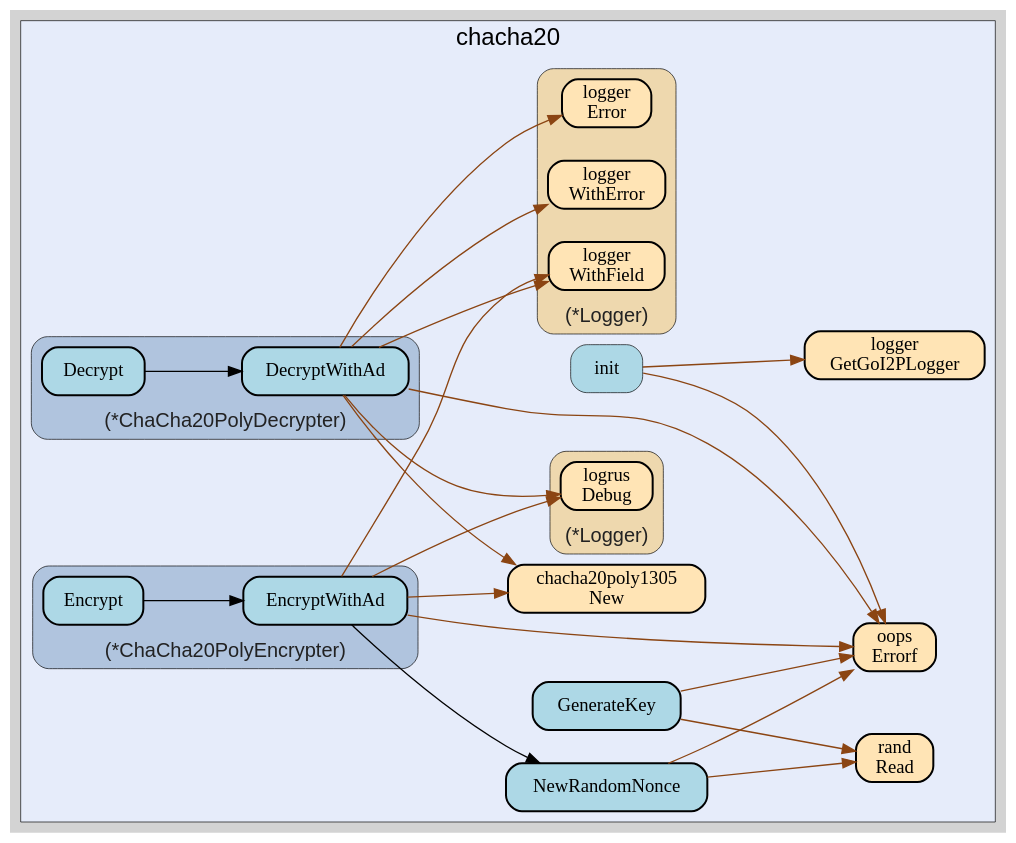
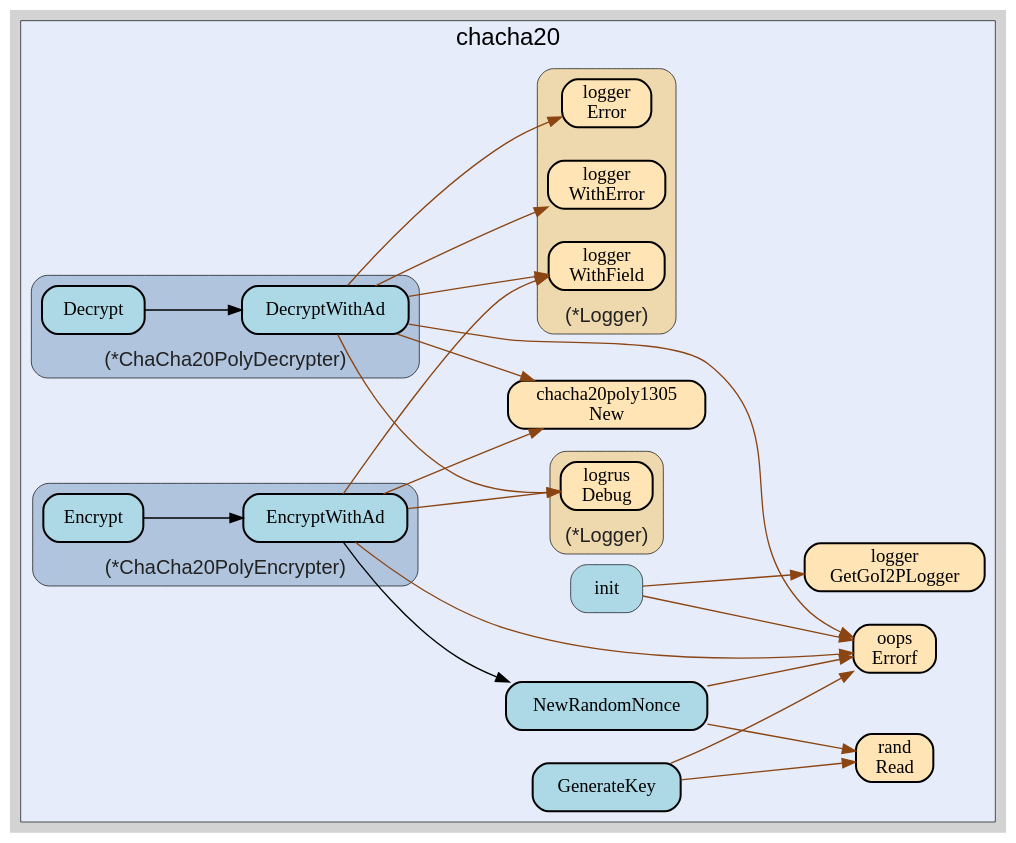
One commit to go-i2p/crypto changed the diagram in chacha20/chacha20.gv. Above: the diagram before and after it, drawn with Graphviz. The commit also changed 28 other files, not shown here.

Commit message:
implement crypto/rand and math/rand compatible API's for rand

```diff
--- a/chacha20/chacha20.gv
+++ b/chacha20/chacha20.gv
@@ -20,93 +20,93 @@
 bgcolor="#e6ecfa";
 label="chacha20";
         
-        "github.com/samber/oops.Errorf" [ label="oops\nErrorf" penwidth="1.5" tooltip="github.com/samber/oops.Errorf | defined in oops.go:34" fillcolor="moccasin" ]
-        "golang.org/x/crypto/chacha20poly1305.New" [ tooltip="golang.org/x/crypto/chacha20poly1305.New | defined in chacha20poly1305.go:40" fillcolor="moccasin" label="chacha20poly1305\nNew" penwidth="1.5" ]
-        "github.com/go-i2p/crypto/chacha20.init" [ label="init" penwidth="0.5" tooltip="github.com/go-i2p/crypto/chacha20.init | defined in .:0\nat constants.go:10: calling [github.com/go-i2p/logger.GetGoI2PLogger]\nat constants.go:23: calling [github.com/samber/oops.Errorf]\nat constants.go:24: calling [github.com/samber/oops.Errorf]\nat constants.go:25: calling [github.com/samber/oops.Errorf]\nat constants.go:26: calling [github.com/samber/oops.Errorf]\nat constants.go:27: calling [github.com/samber/oops.Errorf]" fillcolor="lightblue" ]
-        "github.com/go-i2p/logger.GetGoI2PLogger" [ label="logger\nGetGoI2PLogger" penwidth="1.5" tooltip="github.com/go-i2p/logger.GetGoI2PLogger | defined in log.go:120" fillcolor="moccasin" ]
+        "golang.org/x/crypto/chacha20poly1305.New" [ fillcolor="moccasin" label="chacha20poly1305\nNew" penwidth="1.5" tooltip="golang.org/x/crypto/chacha20poly1305.New | defined in chacha20poly1305.go:40" ]
+        "github.com/samber/oops.Errorf" [ fillcolor="moccasin" label="oops\nErrorf" penwidth="1.5" tooltip="github.com/samber/oops.Errorf | defined in oops.go:34" ]
         "github.com/go-i2p/crypto/chacha20.NewRandomNonce" [ tooltip="github.com/go-i2p/crypto/chacha20.NewRandomNonce | defined in utils.go:11\nat utils.go:15: calling [github.com/samber/oops.Errorf]\nat utils.go:13: calling [github.com/go-i2p/crypto/rand.Read]" fillcolor="lightblue" label="NewRandomNonce" penwidth="1.5" ]
-        "github.com/go-i2p/crypto/rand.Read" [ fillcolor="moccasin" label="rand\nRead" penwidth="1.5" tooltip="github.com/go-i2p/crypto/rand.Read | defined in secure_reader.go:150" ]
-        "github.com/go-i2p/crypto/chacha20.GenerateKey" [ tooltip="github.com/go-i2p/crypto/chacha20.GenerateKey | defined in chacha20_key.go:10\nat chacha20_key.go:12: calling [github.com/go-i2p/crypto/rand.Read]\nat chacha20_key.go:14: calling [github.com/samber/oops.Errorf]" fillcolor="lightblue" label="GenerateKey" penwidth="1.5" ]
+        "github.com/go-i2p/crypto/rand.Read" [ fillcolor="moccasin" label="rand\nRead" penwidth="1.5" tooltip="github.com/go-i2p/crypto/rand.Read | defined in secure_reader.go:189" ]
+        "github.com/go-i2p/crypto/chacha20.GenerateKey" [ fillcolor="lightblue" label="GenerateKey" penwidth="1.5" tooltip="github.com/go-i2p/crypto/chacha20.GenerateKey | defined in chacha20_key.go:10\nat chacha20_key.go:12: calling [github.com/go-i2p/crypto/rand.Read]\nat chacha20_key.go:14: calling [github.com/samber/oops.Errorf]" ]
+        "github.com/go-i2p/crypto/chacha20.init" [ fillcolor="lightblue" label="init" penwidth="0.5" tooltip="github.com/go-i2p/crypto/chacha20.init | defined in .:0\nat constants.go:10: calling [github.com/go-i2p/logger.GetGoI2PLogger]\nat constants.go:23: calling [github.com/samber/oops.Errorf]\nat constants.go:24: calling [github.com/samber/oops.Errorf]\nat constants.go:25: calling [github.com/samber/oops.Errorf]\nat constants.go:26: calling [github.com/samber/oops.Errorf]\nat constants.go:27: calling [github.com/samber/oops.Errorf]" ]
+        "github.com/go-i2p/logger.GetGoI2PLogger" [ fillcolor="moccasin" label="logger\nGetGoI2PLogger" penwidth="1.5" tooltip="github.com/go-i2p/logger.GetGoI2PLogger | defined in log.go:120" ]
         
         subgraph "cluster_*github.com/go-i2p/crypto/chacha20.ChaCha20PolyDecrypter" {
         fontsize="15";
-labelloc="b";
 style="rounded,filled";
 fillcolor="lightsteelblue";
+fontcolor="#222222";
+labelloc="b";
+label="(*ChaCha20PolyDecrypter)";
 tooltip="type: *github.com/go-i2p/crypto/chacha20.ChaCha20PolyDecrypter";
 penwidth="0.5";
-fontcolor="#222222";
-label="(*ChaCha20PolyDecrypter)";
         
-        "(*github.com/go-i2p/crypto/chacha20.ChaCha20PolyDecrypter).DecryptWithAd" [ tooltip="(*github.com/go-i2p/crypto/chacha20.ChaCha20PolyDecrypter).DecryptWithAd | defined in chacha20_decrypter.go:20\nat chacha20_decrypter.go:21: calling [(*github.com/go-i2p/logger.Logger).WithField]\nat chacha20_decrypter.go:45: calling [(*github.com/go-i2p/logger.Logger).WithField]\nat chacha20_decrypter.go:21: calling [(*github.com/sirupsen/logrus.Logger).Debug]\nat chacha20_decrypter.go:45: calling [(*github.com/sirupsen/logrus.Logger).Debug]\nat chacha20_decrypter.go:29: calling [golang.org/x/crypto/chacha20poly1305.New]\nat chacha20_decrypter.go:41: calling [(*github.com/go-i2p/logger.Logger).Error]\nat chacha20_decrypter.go:25: calling [github.com/samber/oops.Errorf]\nat chacha20_decrypter.go:31: calling [github.com/samber/oops.Errorf]\nat chacha20_decrypter.go:41: calling [(*github.com/go-i2p/logger.Logger).WithError]" fillcolor="lightblue" label="DecryptWithAd" penwidth="1.5" ]
+        "(*github.com/go-i2p/crypto/chacha20.ChaCha20PolyDecrypter).DecryptWithAd" [ fillcolor="lightblue" label="DecryptWithAd" penwidth="1.5" tooltip="(*github.com/go-i2p/crypto/chacha20.ChaCha20PolyDecrypter).DecryptWithAd | defined in chacha20_decrypter.go:20\nat chacha20_decrypter.go:21: calling [(*github.com/go-i2p/logger.Logger).WithField]\nat chacha20_decrypter.go:45: calling [(*github.com/go-i2p/logger.Logger).WithField]\nat chacha20_decrypter.go:25: calling [github.com/samber/oops.Errorf]\nat chacha20_decrypter.go:31: calling [github.com/samber/oops.Errorf]\nat chacha20_decrypter.go:41: calling [(*github.com/go-i2p/logger.Logger).WithError]\nat chacha20_decrypter.go:41: calling [(*github.com/go-i2p/logger.Logger).Error]\nat chacha20_decrypter.go:21: calling [(*github.com/sirupsen/logrus.Logger).Debug]\nat chacha20_decrypter.go:45: calling [(*github.com/sirupsen/logrus.Logger).Debug]\nat chacha20_decrypter.go:29: calling [golang.org/x/crypto/chacha20poly1305.New]" ]
         "(*github.com/go-i2p/crypto/chacha20.ChaCha20PolyDecrypter).Decrypt" [ fillcolor="lightblue" label="Decrypt" penwidth="1.5" tooltip="(*github.com/go-i2p/crypto/chacha20.ChaCha20PolyDecrypter).Decrypt | defined in chacha20_decrypter.go:15\nat chacha20_decrypter.go:16: calling [(*github.com/go-i2p/crypto/chacha20.ChaCha20PolyDecrypter).DecryptWithAd]" ]
         
     }
 
         subgraph "cluster_*github.com/go-i2p/crypto/chacha20.ChaCha20PolyEncrypter" {
-        style="rounded,filled";
+        fontcolor="#222222";
+labelloc="b";
+tooltip="type: *github.com/go-i2p/crypto/chacha20.ChaCha20PolyEncrypter";
+style="rounded,filled";
+fillcolor="lightsteelblue";
 label="(*ChaCha20PolyEncrypter)";
 penwidth="0.5";
 fontsize="15";
-fontcolor="#222222";
-labelloc="b";
-fillcolor="lightsteelblue";
-tooltip="type: *github.com/go-i2p/crypto/chacha20.ChaCha20PolyEncrypter";
         
-        "(*github.com/go-i2p/crypto/chacha20.ChaCha20PolyEncrypter).EncryptWithAd" [ fillcolor="lightblue" label="EncryptWithAd" penwidth="1.5" tooltip="(*github.com/go-i2p/crypto/chacha20.ChaCha20PolyEncrypter).EncryptWithAd | defined in chacha20_encrypter.go:21\nat chacha20_encrypter.go:27: calling [github.com/samber/oops.Errorf]\nat chacha20_encrypter.go:22: calling [(*github.com/sirupsen/logrus.Logger).Debug]\nat chacha20_encrypter.go:44: calling [(*github.com/sirupsen/logrus.Logger).Debug]\nat chacha20_encrypter.go:25: calling [golang.org/x/crypto/chacha20poly1305.New]\nat chacha20_encrypter.go:22: calling [(*github.com/go-i2p/logger.Logger).WithField]\nat chacha20_encrypter.go:44: calling [(*github.com/go-i2p/logger.Logger).WithField]\nat chacha20_encrypter.go:31: calling [github.com/go-i2p/crypto/chacha20.NewRandomNonce]" ]
-        "(*github.com/go-i2p/crypto/chacha20.ChaCha20PolyEncrypter).Encrypt" [ tooltip="(*github.com/go-i2p/crypto/chacha20.ChaCha20PolyEncrypter).Encrypt | defined in chacha20_encrypter.go:15\nat chacha20_encrypter.go:16: calling [(*github.com/go-i2p/crypto/chacha20.ChaCha20PolyEncrypter).EncryptWithAd]" fillcolor="lightblue" label="Encrypt" penwidth="1.5" ]
+        "(*github.com/go-i2p/crypto/chacha20.ChaCha20PolyEncrypter).EncryptWithAd" [ fillcolor="lightblue" label="EncryptWithAd" penwidth="1.5" tooltip="(*github.com/go-i2p/crypto/chacha20.ChaCha20PolyEncrypter).EncryptWithAd | defined in chacha20_encrypter.go:21\nat chacha20_encrypter.go:22: calling [(*github.com/sirupsen/logrus.Logger).Debug]\nat chacha20_encrypter.go:44: calling [(*github.com/sirupsen/logrus.Logger).Debug]\nat chacha20_encrypter.go:25: calling [golang.org/x/crypto/chacha20poly1305.New]\nat chacha20_encrypter.go:31: calling [github.com/go-i2p/crypto/chacha20.NewRandomNonce]\nat chacha20_encrypter.go:22: calling [(*github.com/go-i2p/logger.Logger).WithField]\nat chacha20_encrypter.go:44: calling [(*github.com/go-i2p/logger.Logger).WithField]\nat chacha20_encrypter.go:27: calling [github.com/samber/oops.Errorf]" ]
+        "(*github.com/go-i2p/crypto/chacha20.ChaCha20PolyEncrypter).Encrypt" [ fillcolor="lightblue" label="Encrypt" penwidth="1.5" tooltip="(*github.com/go-i2p/crypto/chacha20.ChaCha20PolyEncrypter).Encrypt | defined in chacha20_encrypter.go:15\nat chacha20_encrypter.go:16: calling [(*github.com/go-i2p/crypto/chacha20.ChaCha20PolyEncrypter).EncryptWithAd]" ]
         
     }
 
         subgraph "cluster_*github.com/go-i2p/logger.Logger" {
-        penwidth="0.5";
+        labelloc="b";
+style="rounded,filled";
+fillcolor="wheat2";
+label="(*Logger)";
+tooltip="type: *github.com/go-i2p/logger.Logger";
+penwidth="0.5";
 fontsize="15";
+fontcolor="#222222";
+        
+        "(*github.com/go-i2p/logger.Logger).WithField" [ fillcolor="moccasin" label="logger\nWithField" penwidth="1.5" tooltip="(*github.com/go-i2p/logger.Logger).WithField | defined in log.go:54" ]
+        "(*github.com/go-i2p/logger.Logger).WithError" [ fillcolor="moccasin" label="logger\nWithError" penwidth="1.5" tooltip="(*github.com/go-i2p/logger.Logger).WithError | defined in log.go:66" ]
+        "(*github.com/go-i2p/logger.Logger).Error" [ label="logger\nError" penwidth="1.5" tooltip="(*github.com/go-i2p/logger.Logger).Error | defined in log.go:42" fillcolor="moccasin" ]
+        
+    }
+
+        subgraph "cluster_*github.com/sirupsen/logrus.Logger" {
+        fontsize="15";
 fontcolor="#222222";
 labelloc="b";
 style="rounded,filled";
 fillcolor="wheat2";
 label="(*Logger)";
-tooltip="type: *github.com/go-i2p/logger.Logger";
+tooltip="type: *github.com/sirupsen/logrus.Logger";
+penwidth="0.5";
         
-        "(*github.com/go-i2p/logger.Logger).WithField" [ fillcolor="moccasin" label="logger\nWithField" penwidth="1.5" tooltip="(*github.com/go-i2p/logger.Logger).WithField | defined in log.go:54" ]
-        "(*github.com/go-i2p/logger.Logger).WithError" [ label="logger\nWithError" penwidth="1.5" tooltip="(*github.com/go-i2p/logger.Logger).WithError | defined in log.go:66" fillcolor="moccasin" ]
-        "(*github.com/go-i2p/logger.Logger).Error" [ penwidth="1.5" tooltip="(*github.com/go-i2p/logger.Logger).Error | defined in log.go:42" fillcolor="moccasin" label="logger\nError" ]
-        
-    }
-
-        subgraph "cluster_*github.com/sirupsen/logrus.Logger" {
-        tooltip="type: *github.com/sirupsen/logrus.Logger";
-penwidth="0.5";
-fontsize="15";
-fontcolor="#222222";
-labelloc="b";
-style="rounded,filled";
-fillcolor="wheat2";
-label="(*Logger)";
-        
-        "(*github.com/sirupsen/logrus.Logger).Debug" [ penwidth="1.5" tooltip="(*github.com/sirupsen/logrus.Logger).Debug | defined in logger.go:221" fillcolor="moccasin" label="logrus\nDebug" ]
+        "(*github.com/sirupsen/logrus.Logger).Debug" [ label="logrus\nDebug" penwidth="1.5" tooltip="(*github.com/sirupsen/logrus.Logger).Debug | defined in logger.go:221" fillcolor="moccasin" ]
         
     }
 
     }
 
-    "(*github.com/go-i2p/crypto/chacha20.ChaCha20PolyDecrypter).DecryptWithAd" -> "(*github.com/go-i2p/logger.Logger).WithField" [ tooltip="at chacha20_decrypter.go:21: calling [(*github.com/go-i2p/logger.Logger).WithField]\nat chacha20_decrypter.go:45: calling [(*github.com/go-i2p/logger.Logger).WithField]" color="saddlebrown" ]
-    "(*github.com/go-i2p/crypto/chacha20.ChaCha20PolyDecrypter).DecryptWithAd" -> "(*github.com/sirupsen/logrus.Logger).Debug" [ color="saddlebrown" tooltip="at chacha20_decrypter.go:21: calling [(*github.com/sirupsen/logrus.Logger).Debug]\nat chacha20_decrypter.go:45: calling [(*github.com/sirupsen/logrus.Logger).Debug]" ]
-    "(*github.com/go-i2p/crypto/chacha20.ChaCha20PolyDecrypter).DecryptWithAd" -> "golang.org/x/crypto/chacha20poly1305.New" [ color="saddlebrown" tooltip="at chacha20_decrypter.go:29: calling [golang.org/x/crypto/chacha20poly1305.New]" ]
-    "(*github.com/go-i2p/crypto/chacha20.ChaCha20PolyDecrypter).DecryptWithAd" -> "(*github.com/go-i2p/logger.Logger).Error" [ color="saddlebrown" tooltip="at chacha20_decrypter.go:41: calling [(*github.com/go-i2p/logger.Logger).Error]" ]
-    "(*github.com/go-i2p/crypto/chacha20.ChaCha20PolyEncrypter).EncryptWithAd" -> "github.com/samber/oops.Errorf" [ color="saddlebrown" tooltip="at chacha20_encrypter.go:27: calling [github.com/samber/oops.Errorf]" ]
-    "github.com/go-i2p/crypto/chacha20.NewRandomNonce" -> "github.com/samber/oops.Errorf" [ color="saddlebrown" tooltip="at utils.go:15: calling [github.com/samber/oops.Errorf]" ]
-    "github.com/go-i2p/crypto/chacha20.GenerateKey" -> "github.com/go-i2p/crypto/rand.Read" [ color="saddlebrown" tooltip="at chacha20_key.go:12: calling [github.com/go-i2p/crypto/rand.Read]" ]
-    "(*github.com/go-i2p/crypto/chacha20.ChaCha20PolyDecrypter).DecryptWithAd" -> "github.com/samber/oops.Errorf" [ color="saddlebrown" tooltip="at chacha20_decrypter.go:25: calling [github.com/samber/oops.Errorf]\nat chacha20_decrypter.go:31: calling [github.com/samber/oops.Errorf]" ]
-    "(*github.com/go-i2p/crypto/chacha20.ChaCha20PolyDecrypter).Decrypt" -> "(*github.com/go-i2p/crypto/chacha20.ChaCha20PolyDecrypter).DecryptWithAd" [ tooltip="at chacha20_decrypter.go:16: calling [(*github.com/go-i2p/crypto/chacha20.ChaCha20PolyDecrypter).DecryptWithAd]" ]
     "(*github.com/go-i2p/crypto/chacha20.ChaCha20PolyEncrypter).EncryptWithAd" -> "(*github.com/sirupsen/logrus.Logger).Debug" [ color="saddlebrown" tooltip="at chacha20_encrypter.go:22: calling [(*github.com/sirupsen/logrus.Logger).Debug]\nat chacha20_encrypter.go:44: calling [(*github.com/sirupsen/logrus.Logger).Debug]" ]
     "(*github.com/go-i2p/crypto/chacha20.ChaCha20PolyEncrypter).EncryptWithAd" -> "golang.org/x/crypto/chacha20poly1305.New" [ color="saddlebrown" tooltip="at chacha20_encrypter.go:25: calling [golang.org/x/crypto/chacha20poly1305.New]" ]
-    "github.com/go-i2p/crypto/chacha20.GenerateKey" -> "github.com/samber/oops.Errorf" [ color="saddlebrown" tooltip="at chacha20_key.go:14: calling [github.com/samber/oops.Errorf]" ]
-    "(*github.com/go-i2p/crypto/chacha20.ChaCha20PolyDecrypter).DecryptWithAd" -> "(*github.com/go-i2p/logger.Logger).WithError" [ tooltip="at chacha20_decrypter.go:41: calling [(*github.com/go-i2p/logger.Logger).WithError]" color="saddlebrown" ]
+    "(*github.com/go-i2p/crypto/chacha20.ChaCha20PolyEncrypter).EncryptWithAd" -> "github.com/go-i2p/crypto/chacha20.NewRandomNonce" [ tooltip="at chacha20_encrypter.go:31: calling [github.com/go-i2p/crypto/chacha20.NewRandomNonce]" ]
+    "github.com/go-i2p/crypto/chacha20.GenerateKey" -> "github.com/go-i2p/crypto/rand.Read" [ color="saddlebrown" tooltip="at chacha20_key.go:12: calling [github.com/go-i2p/crypto/rand.Read]" ]
+    "(*github.com/go-i2p/crypto/chacha20.ChaCha20PolyDecrypter).DecryptWithAd" -> "(*github.com/go-i2p/logger.Logger).WithField" [ color="saddlebrown" tooltip="at chacha20_decrypter.go:21: calling [(*github.com/go-i2p/logger.Logger).WithField]\nat chacha20_decrypter.go:45: calling [(*github.com/go-i2p/logger.Logger).WithField]" ]
+    "(*github.com/go-i2p/crypto/chacha20.ChaCha20PolyDecrypter).DecryptWithAd" -> "github.com/samber/oops.Errorf" [ color="saddlebrown" tooltip="at chacha20_decrypter.go:25: calling [github.com/samber/oops.Errorf]\nat chacha20_decrypter.go:31: calling [github.com/samber/oops.Errorf]" ]
+    "(*github.com/go-i2p/crypto/chacha20.ChaCha20PolyDecrypter).DecryptWithAd" -> "(*github.com/go-i2p/logger.Logger).WithError" [ color="saddlebrown" tooltip="at chacha20_decrypter.go:41: calling [(*github.com/go-i2p/logger.Logger).WithError]" ]
+    "(*github.com/go-i2p/crypto/chacha20.ChaCha20PolyDecrypter).DecryptWithAd" -> "(*github.com/go-i2p/logger.Logger).Error" [ color="saddlebrown" tooltip="at chacha20_decrypter.go:41: calling [(*github.com/go-i2p/logger.Logger).Error]" ]
+    "github.com/go-i2p/crypto/chacha20.NewRandomNonce" -> "github.com/samber/oops.Errorf" [ color="saddlebrown" tooltip="at utils.go:15: calling [github.com/samber/oops.Errorf]" ]
     "github.com/go-i2p/crypto/chacha20.init" -> "github.com/go-i2p/logger.GetGoI2PLogger" [ color="saddlebrown" tooltip="at constants.go:10: calling [github.com/go-i2p/logger.GetGoI2PLogger]" ]
     "github.com/go-i2p/crypto/chacha20.init" -> "github.com/samber/oops.Errorf" [ color="saddlebrown" tooltip="at constants.go:23: calling [github.com/samber/oops.Errorf]\nat constants.go:24: calling [github.com/samber/oops.Errorf]\nat constants.go:25: calling [github.com/samber/oops.Errorf]\nat constants.go:26: calling [github.com/samber/oops.Errorf]\nat constants.go:27: calling [github.com/samber/oops.Errorf]" ]
     "(*github.com/go-i2p/crypto/chacha20.ChaCha20PolyEncrypter).EncryptWithAd" -> "(*github.com/go-i2p/logger.Logger).WithField" [ color="saddlebrown" tooltip="at chacha20_encrypter.go:22: calling [(*github.com/go-i2p/logger.Logger).WithField]\nat chacha20_encrypter.go:44: calling [(*github.com/go-i2p/logger.Logger).WithField]" ]
+    "github.com/go-i2p/crypto/chacha20.NewRandomNonce" -> "github.com/go-i2p/crypto/rand.Read" [ color="saddlebrown" tooltip="at utils.go:13: calling [github.com/go-i2p/crypto/rand.Read]" ]
+    "github.com/go-i2p/crypto/chacha20.GenerateKey" -> "github.com/samber/oops.Errorf" [ color="saddlebrown" tooltip="at chacha20_key.go:14: calling [github.com/samber/oops.Errorf]" ]
+    "(*github.com/go-i2p/crypto/chacha20.ChaCha20PolyDecrypter).Decrypt" -> "(*github.com/go-i2p/crypto/chacha20.ChaCha20PolyDecrypter).DecryptWithAd" [ tooltip="at chacha20_decrypter.go:16: calling [(*github.com/go-i2p/crypto/chacha20.ChaCha20PolyDecrypter).DecryptWithAd]" ]
+    "(*github.com/go-i2p/crypto/chacha20.ChaCha20PolyEncrypter).EncryptWithAd" -> "github.com/samber/oops.Errorf" [ color="saddlebrown" tooltip="at chacha20_encrypter.go:27: calling [github.com/samber/oops.Errorf]" ]
     "(*github.com/go-i2p/crypto/chacha20.ChaCha20PolyEncrypter).Encrypt" -> "(*github.com/go-i2p/crypto/chacha20.ChaCha20PolyEncrypter).EncryptWithAd" [ tooltip="at chacha20_encrypter.go:16: calling [(*github.com/go-i2p/crypto/chacha20.ChaCha20PolyEncrypter).EncryptWithAd]" ]
-    "github.com/go-i2p/crypto/chacha20.NewRandomNonce" -> "github.com/go-i2p/crypto/rand.Read" [ color="saddlebrown" tooltip="at utils.go:13: calling [github.com/go-i2p/crypto/rand.Read]" ]
-    "(*github.com/go-i2p/crypto/chacha20.ChaCha20PolyEncrypter).EncryptWithAd" -> "github.com/go-i2p/crypto/chacha20.NewRandomNonce" [ tooltip="at chacha20_encrypter.go:31: calling [github.com/go-i2p/crypto/chacha20.NewRandomNonce]" ]
+    "(*github.com/go-i2p/crypto/chacha20.ChaCha20PolyDecrypter).DecryptWithAd" -> "(*github.com/sirupsen/logrus.Logger).Debug" [ color="saddlebrown" tooltip="at chacha20_decrypter.go:21: calling [(*github.com/sirupsen/logrus.Logger).Debug]\nat chacha20_decrypter.go:45: calling [(*github.com/sirupsen/logrus.Logger).Debug]" ]
+    "(*github.com/go-i2p/crypto/chacha20.ChaCha20PolyDecrypter).DecryptWithAd" -> "golang.org/x/crypto/chacha20poly1305.New" [ color="saddlebrown" tooltip="at chacha20_decrypter.go:29: calling [golang.org/x/crypto/chacha20poly1305.New]" ]
 }
```
